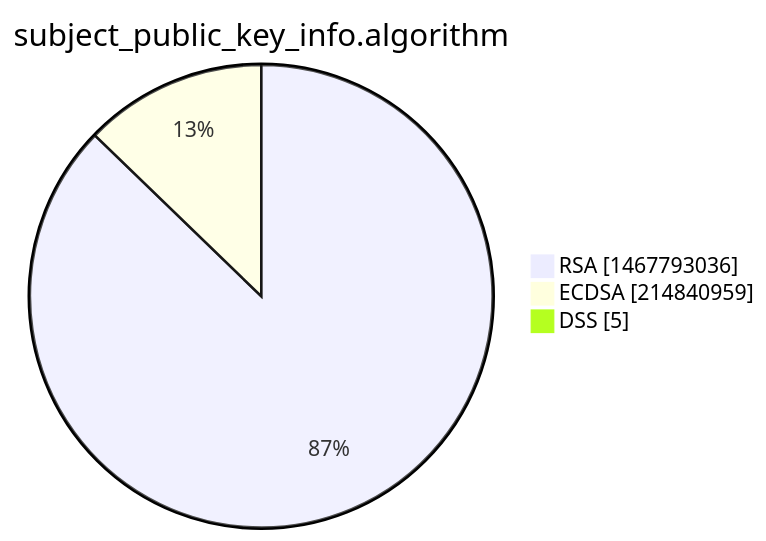
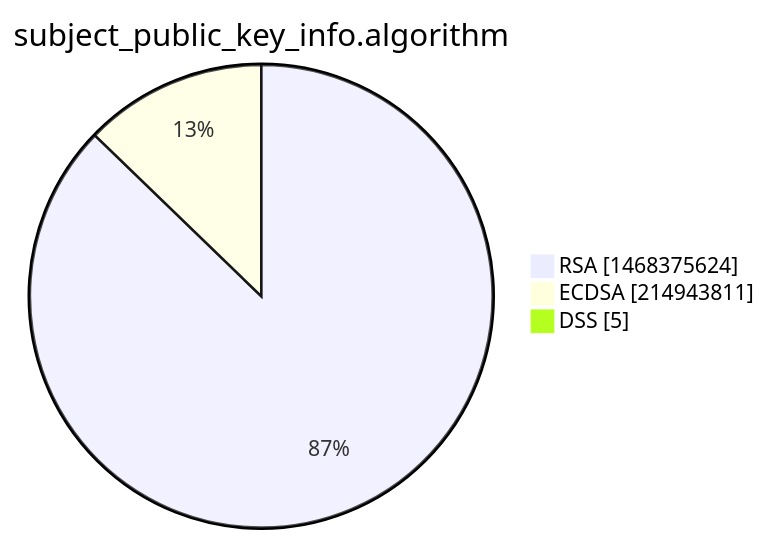
One commit to christiankrug/ctmonitor_visualization changed the third of 15 diagrams in xenon2022/README.md. Above: the diagram before and after it, drawn with Mermaid. The commit also changed other lines of this file, not shown here.

````diff
--- a/xenon2022/README.md
+++ b/xenon2022/README.md
@@ -14,7 +14,7 @@
 ```mermaid
 pie showData
 title subject_public_key_info.algorithm
-"RSA" :1467793036
-"ECDSA" :214840959
+"RSA" :1468375624
+"ECDSA" :214943811
 "DSS" :5
 ```
````
